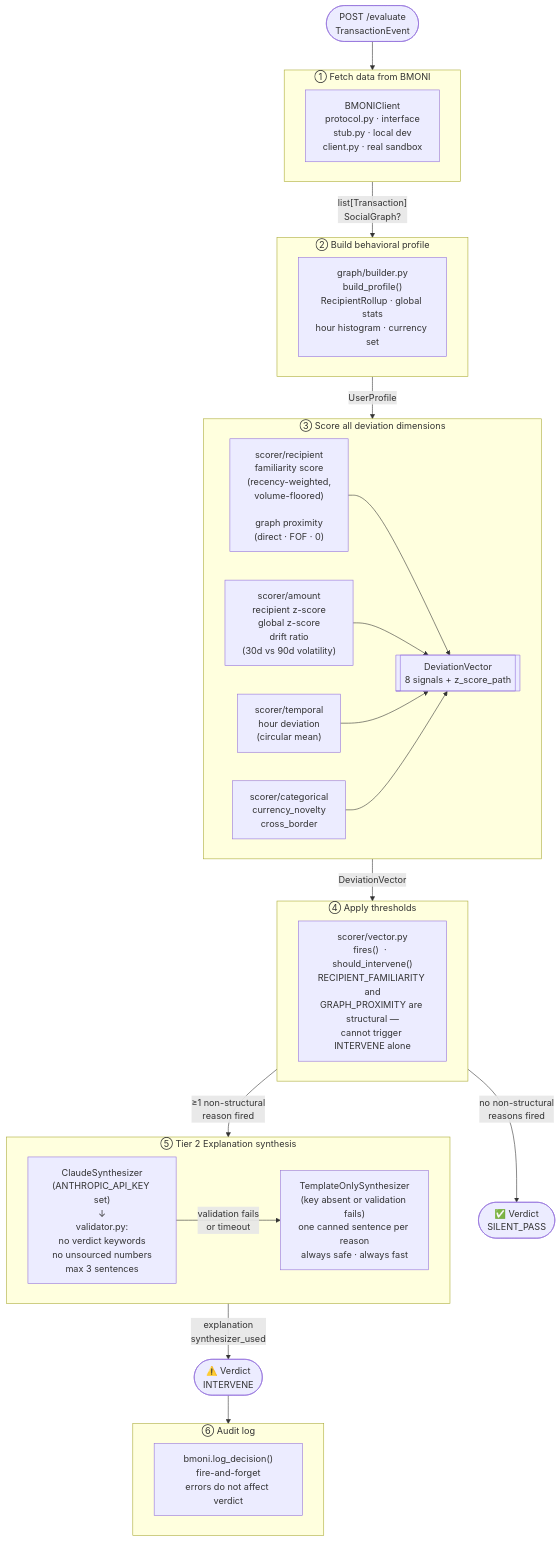
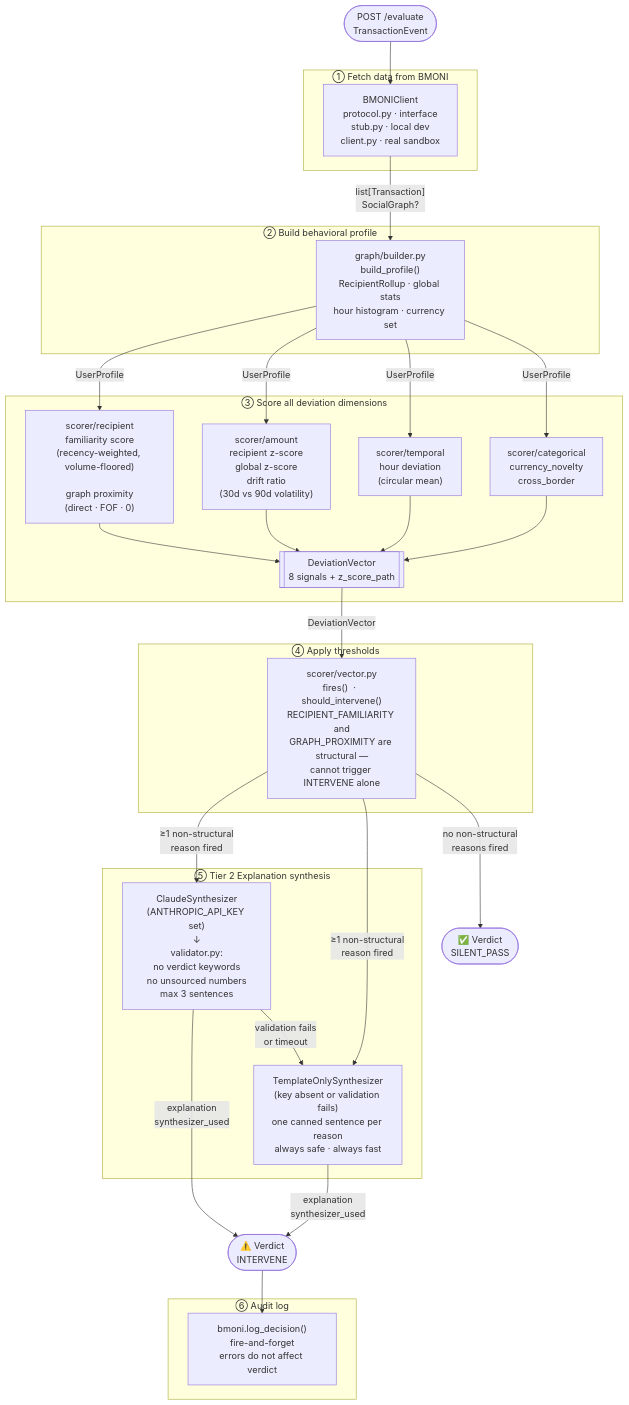
Before and after one commit to olanihundaniel0-star/sentri: the second of 3 diagrams in README.md, drawn with Mermaid. The commit also changed other lines of this file and 7 other files, not shown here.

Commit message:
refactor: improve README.md with enhanced diagram formatting for better readability

````diff
--- a/README.md
+++ b/README.md
@@ -116,48 +116,47 @@
 ```mermaid
 flowchart TD
-    A(["POST /evaluate\nTransactionEvent"])
+    A(["POST /evaluate<br/>TransactionEvent"])
 
     subgraph Step1 ["① Fetch data from BMONI"]
-        B["BMONIClient\nprotocol.py · interface\nstub.py · local dev\nclient.py · real sandbox"]
+        B["BMONIClient<br/>protocol.py · interface<br/>stub.py · local dev<br/>client.py · real sandbox"]
     end
 
     subgraph Step2 ["② Build behavioral profile"]
-        C["graph/builder.py\nbuild_profile()\nRecipientRollup · global stats\nhour histogram · currency set"]
+        C["graph/builder.py<br/>build_profile()<br/>RecipientRollup · global stats<br/>hour histogram · currency set"]
     end
 
     subgraph Step3 ["③ Score all deviation dimensions"]
-        direction LR
-        D1["scorer/recipient\nfamiliarity score\n(recency-weighted,\nvolume-floored)\n\ngraph proximity\n(direct · FOF · 0)"]
-        D2["scorer/amount\nrecipient z-score\nglobal z-score\ndrift ratio\n(30d vs 90d volatility)"]
-        D3["scorer/temporal\nhour deviation\n(circular mean)"]
-        D4["scorer/categorical\ncurrency_novelty\ncross_border"]
-        D5[["DeviationVector\n8 signals + z_score_path"]]
+        D1["scorer/recipient<br/>familiarity score<br/>(recency-weighted, volume-floored)<br/><br/>graph proximity<br/>(direct · FOF · 0)"]
+        D2["scorer/amount<br/>recipient z-score<br/>global z-score<br/>drift ratio<br/>(30d vs 90d volatility)"]
+        D3["scorer/temporal<br/>hour deviation<br/>(circular mean)"]
+        D4["scorer/categorical<br/>currency_novelty<br/>cross_border"]
+        D5[["DeviationVector<br/>8 signals + z_score_path"]]
         D1 & D2 & D3 & D4 --> D5
     end
 
     subgraph Step4 ["④ Apply thresholds"]
-        E["scorer/vector.py\nfires()  ·  should_intervene()\nRECIPIENT_FAMILIARITY and\nGRAPH_PROXIMITY are structural —\ncannot trigger INTERVENE alone"]
+        E["scorer/vector.py<br/>fires()  ·  should_intervene()<br/>RECIPIENT_FAMILIARITY and<br/>GRAPH_PROXIMITY are structural —<br/>cannot trigger INTERVENE alone"]
     end
 
-    F(["✅ Verdict\nSILENT_PASS"])
-    G(["⚠️ Verdict\nINTERVENE"])
+    F(["✅ Verdict<br/>SILENT_PASS"])
+    G(["⚠️ Verdict<br/>INTERVENE"])
 
     subgraph Step5 ["⑤ Tier 2 Explanation synthesis"]
-        H["ClaudeSynthesizer\n(ANTHROPIC_API_KEY set)\n↓\nvalidator.py:\nno verdict keywords\nno unsourced numbers\nmax 3 sentences"]
-        I["TemplateOnlySynthesizer\n(key absent or validation fails)\none canned sentence per reason\nalways safe · always fast"]
-        H -->|"validation fails\nor timeout"| I
+        H["ClaudeSynthesizer<br/>(ANTHROPIC_API_KEY set)<br/>↓<br/>validator.py:<br/>no verdict keywords<br/>no unsourced numbers<br/>max 3 sentences"]
+        I["TemplateOnlySynthesizer<br/>(key absent or validation fails)<br/>one canned sentence per reason<br/>always safe · always fast"]
+        H -->|"validation fails<br/>or timeout"| I
     end
 
     subgraph Step6 ["⑥ Audit log"]
-        J["bmoni.log_decision()\nfire-and-forget\nerrors do not affect verdict"]
+        J["bmoni.log_decision()<br/>fire-and-forget<br/>errors do not affect verdict"]
     end
 
-    A --> Step1
-    Step1 -->|"list[Transaction]\nSocialGraph?"| Step2
-    Step2 -->|UserProfile| Step3
-    Step3 -->|DeviationVector| Step4
-    Step4 -->|"no non-structural\nreasons fired"| F
-    Step4 -->|"≥1 non-structural\nreason fired"| Step5
-    Step5 -->|"explanation\nsynthesizer_used"| G
-    G --> Step6
+    A --> B
+    B -->|"list[Transaction]<br/>SocialGraph?"| C
+    C -->|UserProfile| D1 & D2 & D3 & D4
+    D5 -->|DeviationVector| E
+    E -->|"no non-structural<br/>reasons fired"| F
+    E -->|"≥1 non-structural<br/>reason fired"| H & I
+    H & I -->|"explanation<br/>synthesizer_used"| G
+    G --> J
 ```
````
